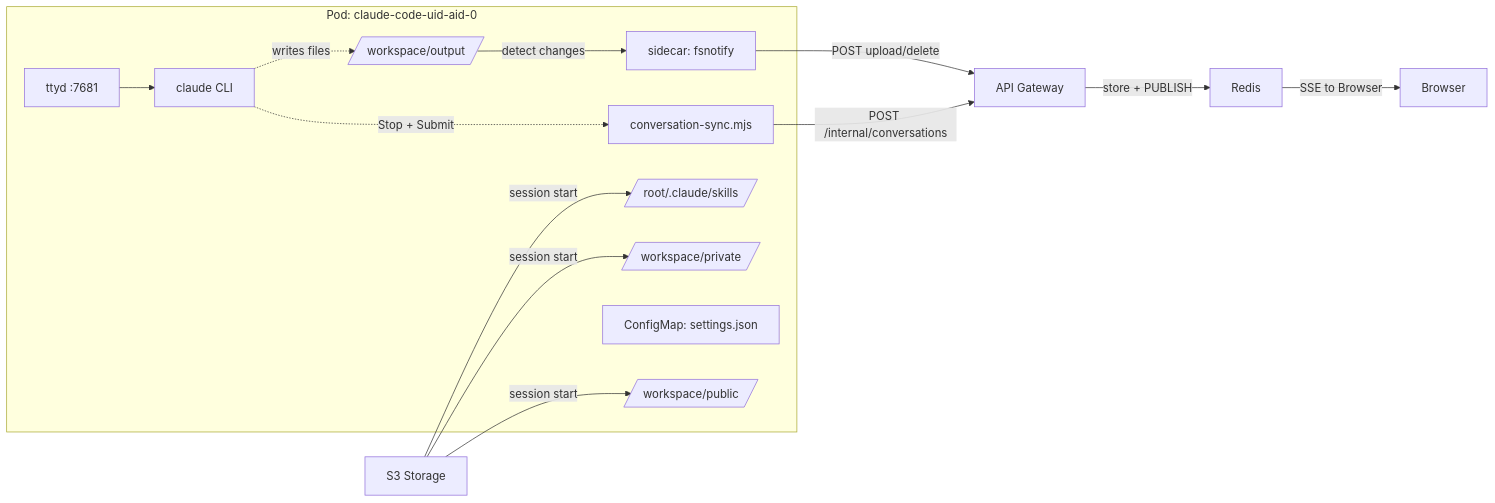
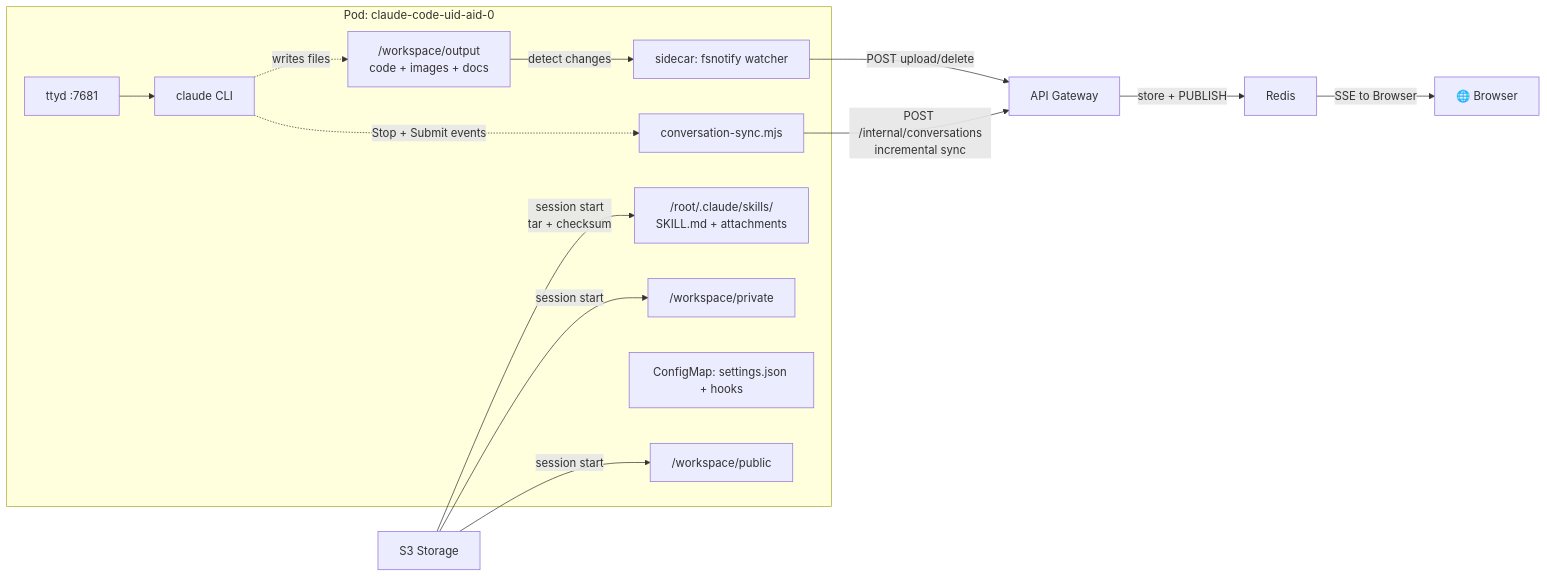
Before and after one commit to aireet/sac: the second of 2 diagrams in README.md, drawn with Mermaid. The commit also changed other lines of this file and 1 other file, not shown here.

First line of the commit message:
docs: restore diagram detail while keeping mermaid 9.1.3 compat

````diff
--- a/README.md
+++ b/README.md
@@ -78,24 +76,24 @@
 ```mermaid
 graph LR
-    subgraph AgentPod[Pod: claude-code-uid-aid-0]
-        ttyd[ttyd :7681] --> claude[claude CLI]
-        Hook[conversation-sync.mjs]
-        Private[/workspace/private/]
-        Public[/workspace/public/]
-        Output[/workspace/output/]
-        Skills[/root/.claude/skills/]
-        Settings[ConfigMap: settings.json]
-        Watcher[sidecar: fsnotify]
+    subgraph AgentPod["Pod: claude-code-uid-aid-0"]
+        ttyd["ttyd :7681"] --> claude["claude CLI"]
+        Hook["conversation-sync.mjs"]
+        Private["/workspace/private"]
+        Public["/workspace/public"]
+        Output["/workspace/output<br/>code + images + docs"]
+        Skills["/root/.claude/skills/<br/>SKILL.md + attachments"]
+        Settings["ConfigMap: settings.json + hooks"]
+        Watcher["sidecar: fsnotify watcher"]
     end
 
-    claude -.->|writes files| Output
-    claude -.->|Stop + Submit| Hook
-    Hook -->|POST /internal/conversations| API[API Gateway]
-    S3[S3 Storage] -->|session start| Skills
-    S3 -->|session start| Private
-    S3 -->|session start| Public
-    Output -->|detect changes| Watcher
-    Watcher -->|POST upload/delete| API
-    API -->|store + PUBLISH| Redis[Redis]
-    Redis -->|SSE to Browser| Browser[Browser]
+    claude -.->|"writes files"| Output
+    claude -.->|"Stop + Submit events"| Hook
+    Hook -->|"POST /internal/conversations<br/>incremental sync"| API["API Gateway"]
+    S3["S3 Storage"] -->|"session start<br/>tar + checksum"| Skills
+    S3 -->|"session start"| Private
+    S3 -->|"session start"| Public
+    Output -->|"detect changes"| Watcher
+    Watcher -->|"POST upload/delete"| API
+    API -->|"store + PUBLISH"| Redis["Redis"]
+    Redis -->|"SSE to Browser"| Browser["🌐 Browser"]
 ```
````
